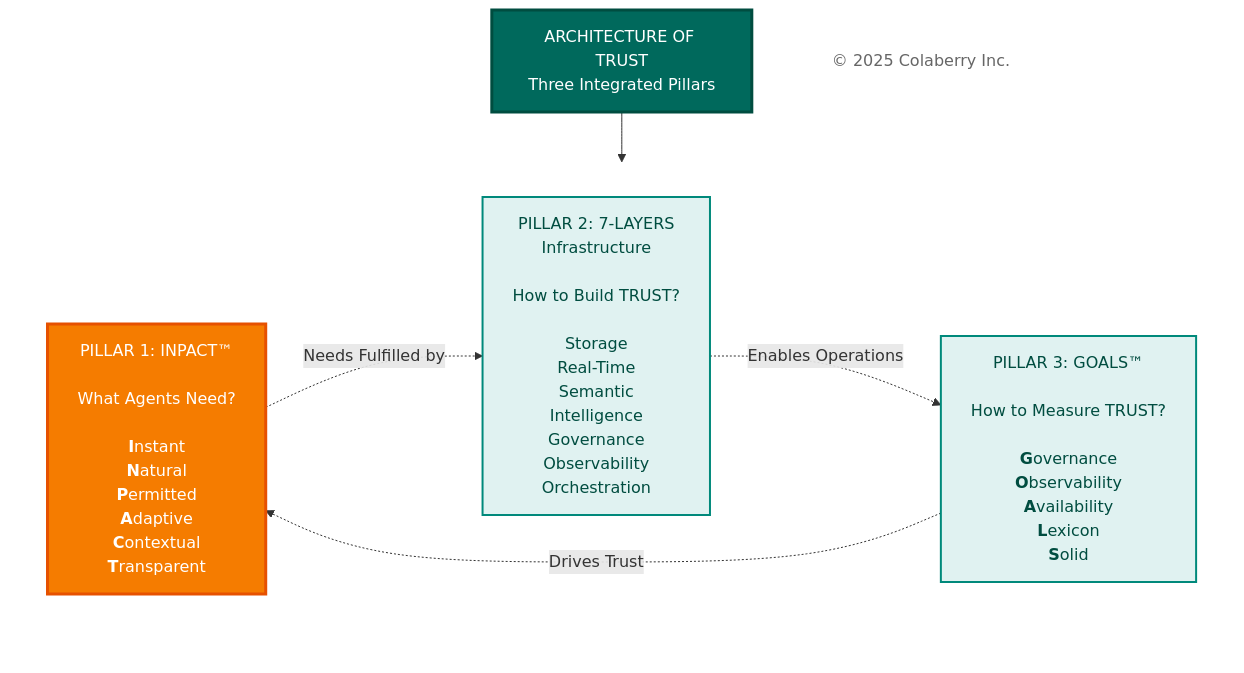
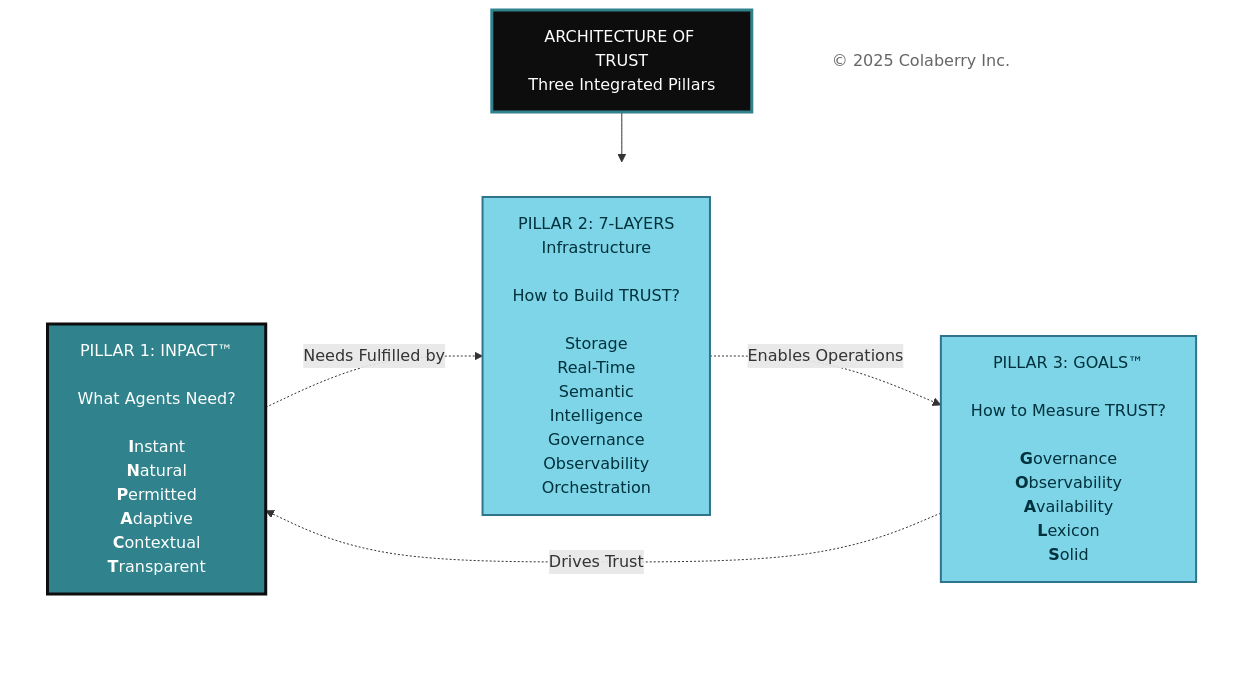
Before and after one commit to saitejesh-cyber/trust-before-intelligence-book: the second of 12 diagrams in manuscript/03_chapter_2_inpact_framework.md, drawn with Mermaid. The commit also changed other lines of this file, not shown here.

Commit message:
Update mermaid diagrams as per new coloberry color and contrast ratio for chapter 3

````diff
--- a/manuscript/03_chapter_2_inpact_framework.md
+++ b/manuscript/03_chapter_2_inpact_framework.md
@@ -55,33 +55,33 @@
 ```mermaid
 
 
 graph TB
     Title["ARCHITECTURE OF TRUST<br/>Three Integrated Pillars"]
     
     subgraph PILLARS[" "]
         direction LR
         INPACT["PILLAR 1: INPACT™<br/><br/>What Agents Need?<br/><br/><b>I</b>nstant<br/><b>N</b>atural<br/><b>P</b>ermitted<br/><b>A</b>daptive<br/><b>C</b>ontextual<br/><b>T</b>ransparent"]
         
         Layers["PILLAR 2: 7-LAYERS<br/>Infrastructure<br/><br/>How to Build TRUST?<br/><br/>Storage<br/>Real-Time<br/>Semantic<br/>Intelligence<br/>Governance<br/>Observability<br/>Orchestration"]
         
         GOALS["PILLAR 3: GOALS™<br/><br/>How to Measure TRUST?<br/><br/><b>G</b>overnance<br/><b>O</b>bservability<br/><b>A</b>vailability<br/><b>L</b>exicon<br/><b>S</b>olid"]
     end
     
     Copyright["© 2025 Colaberry Inc."]
     
     Title --> PILLARS
     
     INPACT -.->|"Needs Fulfilled by"| Layers
     Layers -.->|"Enables Operations"| GOALS
     GOALS -.->|"Drives Trust"| INPACT
     
-    style Title fill:#00695c,color:#ffffff,stroke:#004d40,stroke-width:3px
+    style Title fill:#0D0D0D,color:#ffffff,stroke:#30838C,stroke-width:3px
     style PILLARS fill:none,stroke:none
-    style INPACT fill:#f57c00,stroke:#e65100,stroke-width:3px,color:#ffffff
-    style Layers fill:#e0f2f1,stroke:#00897b,stroke-width:2px,color:#004d40
-    style GOALS fill:#e0f2f1,stroke:#00897b,stroke-width:2px,color:#004d40
+    style INPACT fill:#30838C,color:#ffffff,stroke:#0D0D0D,stroke-width:3px
+    style Layers fill:#7FD5E8,stroke:#32738C,stroke-width:2px,color:#00323D
+    style GOALS fill:#7FD5E8,stroke:#32738C,stroke-width:2px,color:#00323D
     style Copyright fill:#ffffff,stroke:none,color:#666666
 
 
 
 ```
````
